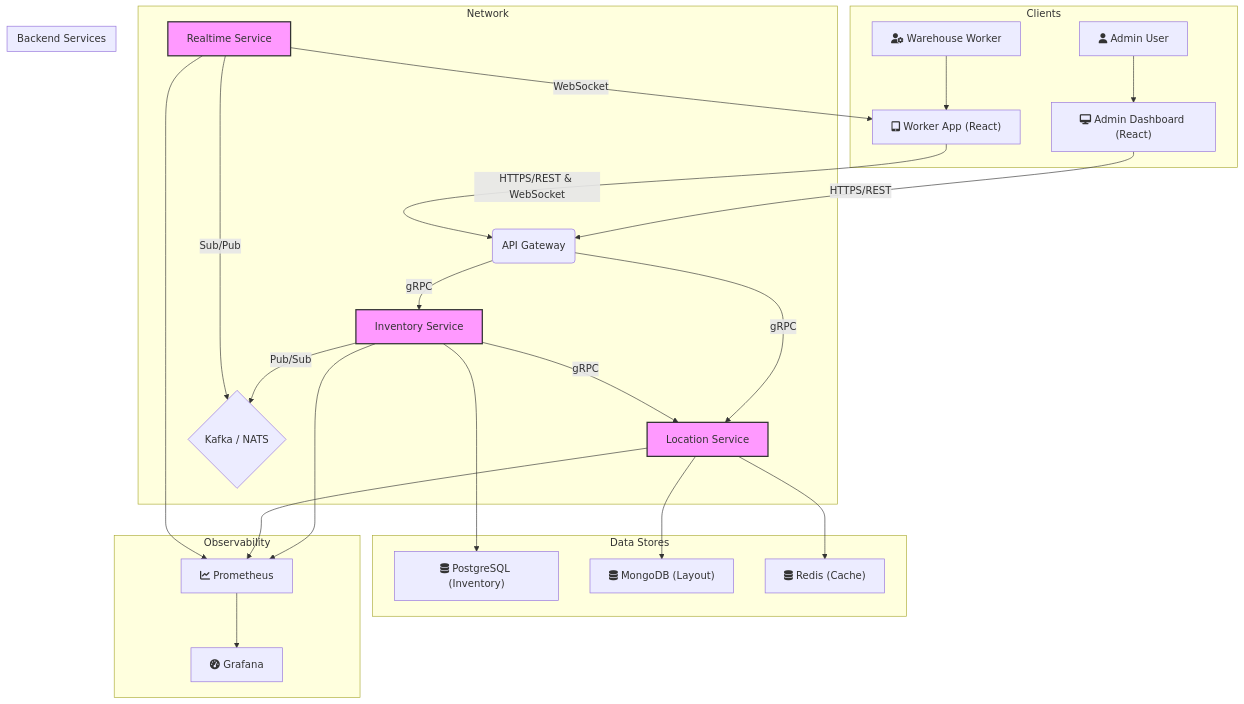
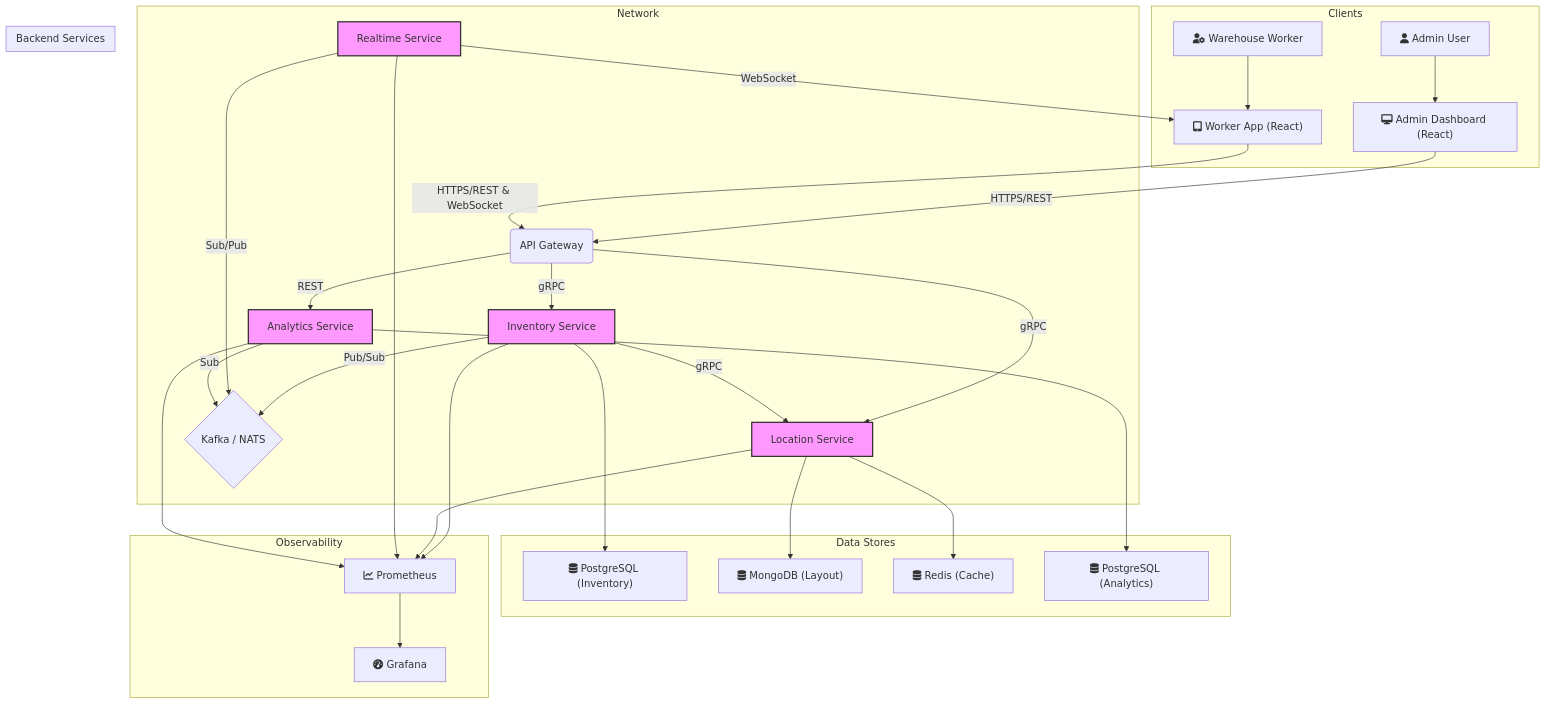
One commit to m1i3k0e7/warehouse-management-system changed the diagram in README.md. Above: the diagram before and after it, drawn with Mermaid. The commit also changed other lines of this file, not shown here.

Commit message:
docs: update README with analytics-service details

````diff
--- a/README.md
+++ b/README.md
@@ -28,43 +29,49 @@
 ```mermaid
 graph TD
     subgraph "Clients"
         A["fa:fa-user Admin User"] --> B["fa:fa-desktop Admin Dashboard (React)"]
         C["fa:fa-user-cog Warehouse Worker"] --> D["fa:fa-tablet-alt Worker App (React)"]
     end
 
     subgraph "Network"
         B -- HTTPS/REST --> E(API Gateway)
         D -- HTTPS/REST & WebSocket --> E
         E -- gRPC --> F[Inventory Service]
         E -- gRPC --> G[Location Service]
+        E -- REST --> P[Analytics Service]
         F -- gRPC --> G
         F -- Pub/Sub --> H{Kafka / NATS}
         I[Realtime Service] -- Sub/Pub --> H
+        P -- Sub --> H
         I -- WebSocket --> D
     end
 
     subgraph "Backend Services"
         F
         G
         I
+        P
     end
 
     subgraph "Data Stores"
         F --> J["fa:fa-database PostgreSQL (Inventory)"]
         G --> K["fa:fa-database MongoDB (Layout)"]
         G --> L["fa:fa-database Redis (Cache)"]
+        P --> Q["fa:fa-database PostgreSQL (Analytics)"]
     end
 
     subgraph "Observability"
         M["fa:fa-chart-line Prometheus"]
         N["fa:fa-tachometer-alt Grafana"]
         F --> M
         G --> M
         I --> M
+        P --> M
         M --> N
     end
 
     style F fill:#f9f,stroke:#333,stroke-width:2px
     style G fill:#f9f,stroke:#333,stroke-width:2px
     style I fill:#f9f,stroke:#333,stroke-width:2px
+    style P fill:#f9f,stroke:#333,stroke-width:2px
 ```
````
